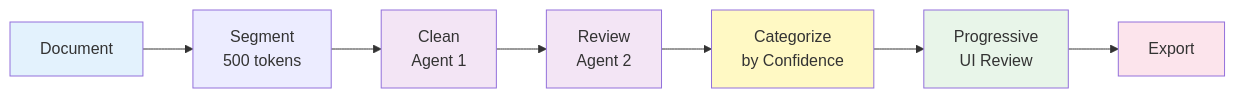
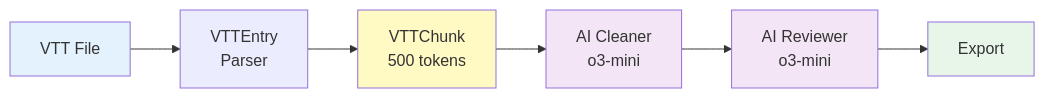
The first of 3 diagrams in README.md (denim-bluu/meeting_transcripts_cleaner), drawn with Mermaid before and after one commit. The commit also changed other lines of this file and 52 other files, not shown here.

Commit message:
refactor: new architecture

````diff
--- a/README.md
+++ b/README.md
@@ -41,16 +42,14 @@
 ```mermaid
 graph LR
-    A[Document] --> B[Segment<br/>500 tokens]
-    B --> C[Clean<br/>Agent 1]
-    C --> D[Review<br/>Agent 2]
-    D --> E[Categorize<br/>by Confidence]
-    E --> F[Progressive<br/>UI Review]
-    F --> G[Export]
+    A[VTT File] --> B[VTTEntry<br/>Parser]
+    B --> C[VTTChunk<br/>500 tokens]
+    C --> D[AI Cleaner<br/>o3-mini]
+    D --> E[AI Reviewer<br/>o3-mini]
+    E --> F[Export]
 
     style A fill:#e3f2fd
-    style C fill:#f3e5f5
+    style C fill:#fff9c4
     style D fill:#f3e5f5
-    style E fill:#fff9c4
+    style E fill:#f3e5f5
     style F fill:#e8f5e9
-    style G fill:#fce4ec
 ```
````
